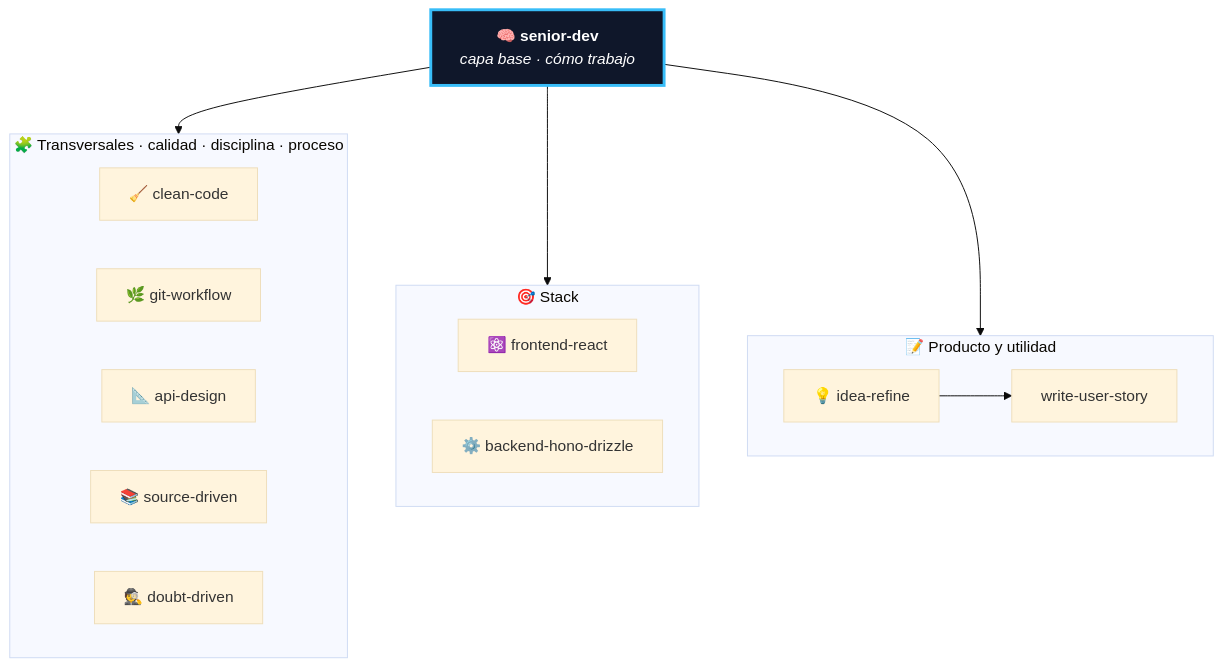
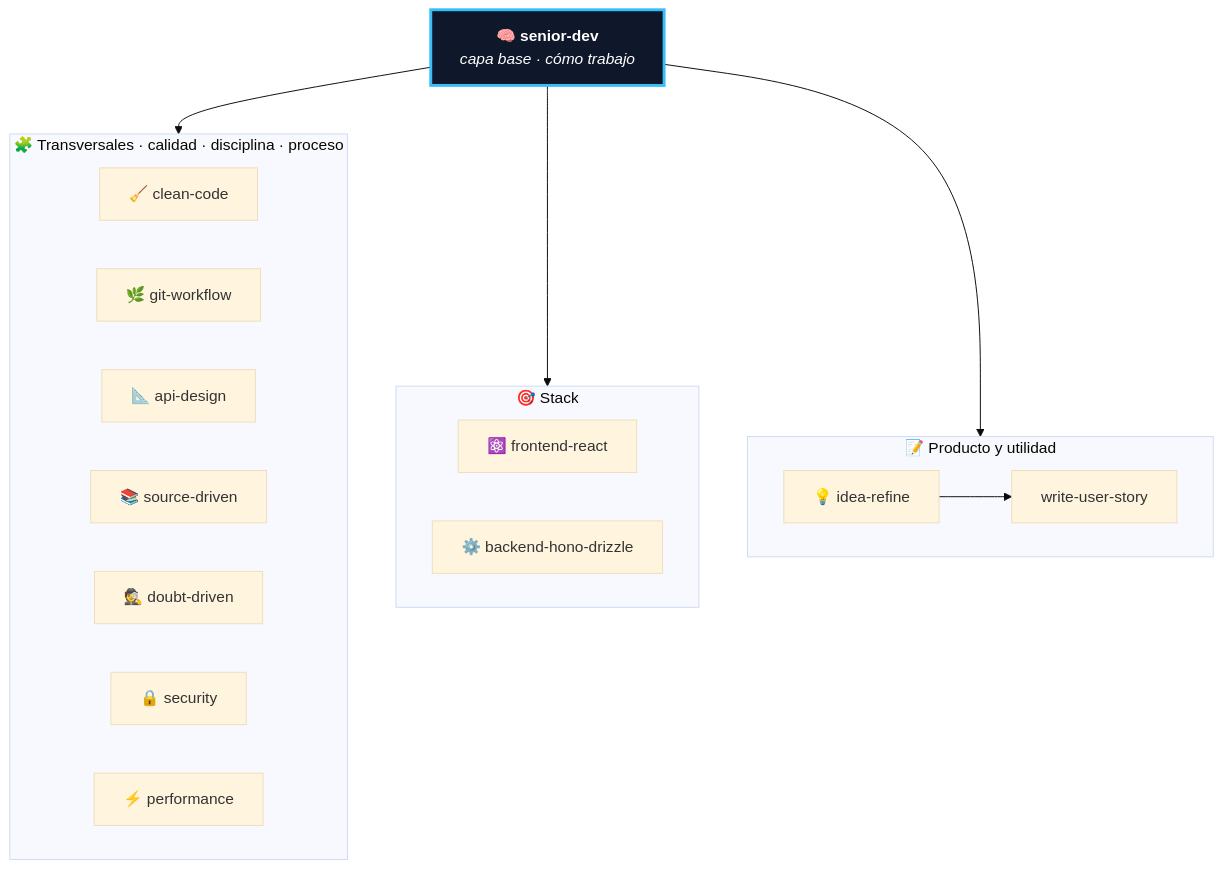
The diagram in README.md (ErickEcheverria/eecheverria-skills), drawn with Mermaid (base theme) before and after one commit. The commit also changed other lines of this file and 5 other files, not shown here.

First line of the commit message:
feat: agrega eecheverria-security y eecheverria-performance; cosecha code-review

````diff
--- a/README.md
+++ b/README.md
@@ -21,29 +21,31 @@
 ```mermaid
 flowchart TD
     SD["🧠 <b>senior-dev</b><br/><i>capa base · cómo trabajo</i>"]:::base
 
     subgraph T["🧩 Transversales · calidad · disciplina · proceso"]
         CC["🧹 clean-code"]
         GW["🌿 git-workflow"]
         AD["📐 api-design"]
         SR["📚 source-driven"]
         DD["🕵️ doubt-driven"]
+        SEC["🔒 security"]
+        PERF["⚡ performance"]
     end
 
     subgraph S["🎯 Stack"]
         RE["⚛️ frontend-react"]
         HN["⚙️ backend-hono-drizzle"]
     end
 
     subgraph U["📝 Producto y utilidad"]
         IR["💡 idea-refine"]
         US["write-user-story"]
         IR --> US
     end
 
     SD --> T
     SD --> S
     SD --> U
 
     classDef base fill:#0f172a,stroke:#38bdf8,stroke-width:3px,color:#fff;
 ```
````
